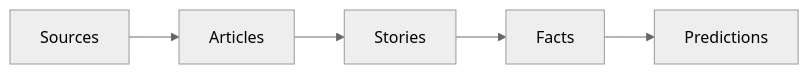
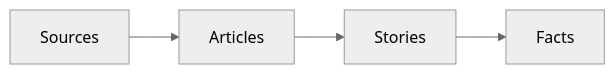
Before and after one commit to odosui/frontpage: the diagram in README.md, drawn with Mermaid (neutral theme). The commit also changed other lines of this file and 25 other files, not shown here.

````diff
--- a/README.md
+++ b/README.md
@@ -17,4 +17,4 @@
 ```mermaid
 flowchart LR
-  S[Sources] --> A[Articles] --> T[Stories] --> F[Facts] --> P[Predictions]
+  S[Sources] --> A[Articles] --> T[Stories] --> F[Facts]
 ```
````
